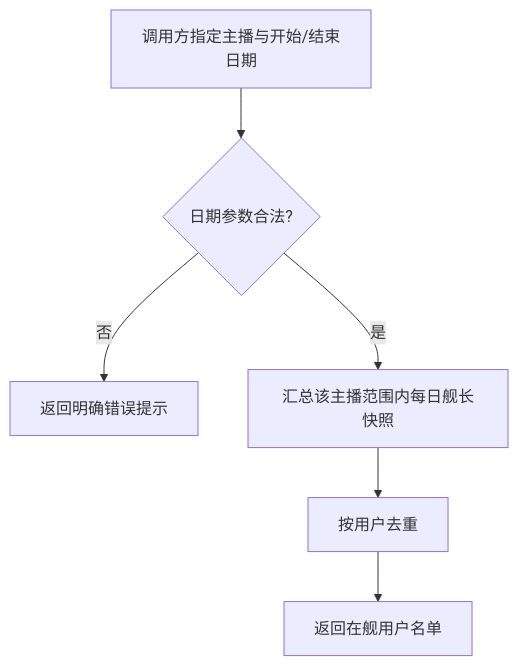
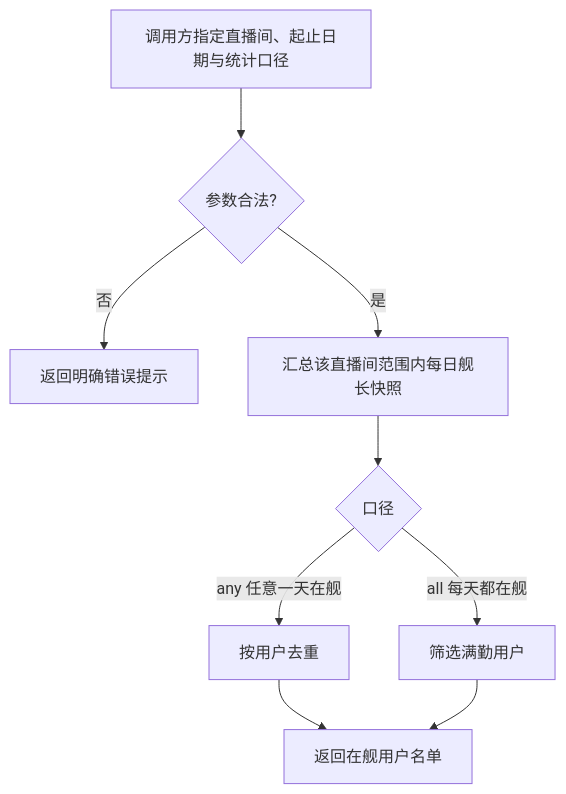
Before and after one commit to Deliay/z-vtuber: the diagram in docs/product/draft/20260903-live-guard-onboard-query-prd.md, drawn with Mermaid. The commit also changed other lines of this file and 1 other file, not shown here.

Commit message:
docs: rework onboard query to /api/b/live/{roomId}/guard with any/all mode

````diff
--- a/docs/product/draft/20260903-live-guard-onboard-query-prd.md
+++ b/docs/product/draft/20260903-live-guard-onboard-query-prd.md
@@ -79,8 +87,11 @@
 ```mermaid
 flowchart TD
-    A[调用方指定主播与开始/结束日期] --> B{日期参数合法?}
+    A[调用方指定直播间、起止日期与统计口径] --> B{参数合法?}
     B -->|否| C[返回明确错误提示]
-    B -->|是| D[汇总该主播范围内每日舰长快照]
-    D --> E[按用户去重]
-    E --> F[返回在舰用户名单]
+    B -->|是| D[汇总该直播间范围内每日舰长快照]
+    D --> E{口径}
+    E -->|any 任意一天在舰| F[按用户去重]
+    E -->|all 每天都在舰| G[筛选满勤用户]
+    F --> H[返回在舰用户名单]
+    G --> H
 ```
````
